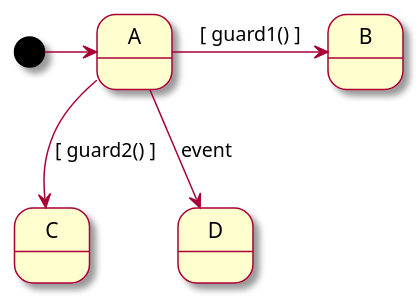
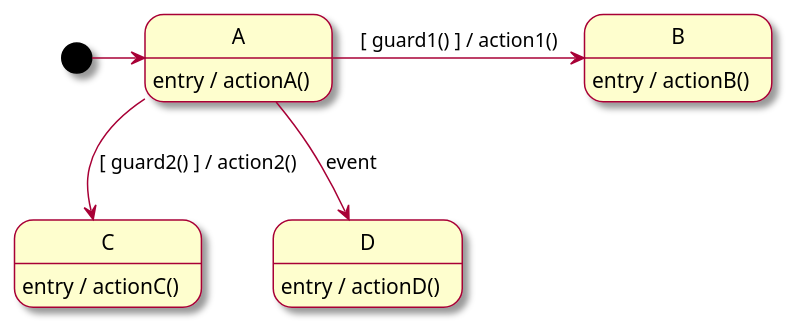
One commit to Lecrapouille/PlantUMLStatecharts changed the diagram in examples/FixBadSwitch2.plantuml. Above: the diagram before and after it, drawn with PlantUML. The commit also changed 2 other files, not shown here.

```diff
--- a/examples/FixBadSwitch2.plantuml
+++ b/examples/FixBadSwitch2.plantuml
@@ -1,12 +1,24 @@
 @startuml
 skin rose
 
 [*] -> A
-A -> B : [ guard1() ]
-A --> C : [ guard2() ]
+A -> B : [ guard1() ] / action1()
+A --> C : [ guard2() ] / action2()
 A --> D : event
 
-'[code] virtual bool guard1() { return true; }
-'[code] virtual bool guard2() { return true; }
+A : entry / actionA()
+B : entry / actionB()
+C : entry / actionC()
+D : entry / actionD()
+
+'[code] private:
+'[code] bool guard1() { return true; }
+'[code] bool guard2() { return true; }
+'[code] void action1() { LOGD("[ACTION %s]\n", __func__); }
+'[code] void action2() { LOGD("[ACTION %s]\n", __func__); }
+'[code] void actionA() { LOGD("[ACTION %s]\n", __func__); }
+'[code] void actionB() { LOGD("[ACTION %s]\n", __func__); }
+'[code] void actionC() { LOGD("[ACTION %s]\n", __func__); }
+'[code] void actionD() { LOGD("[ACTION %s]\n", __func__); }
 
 @enduml
```
